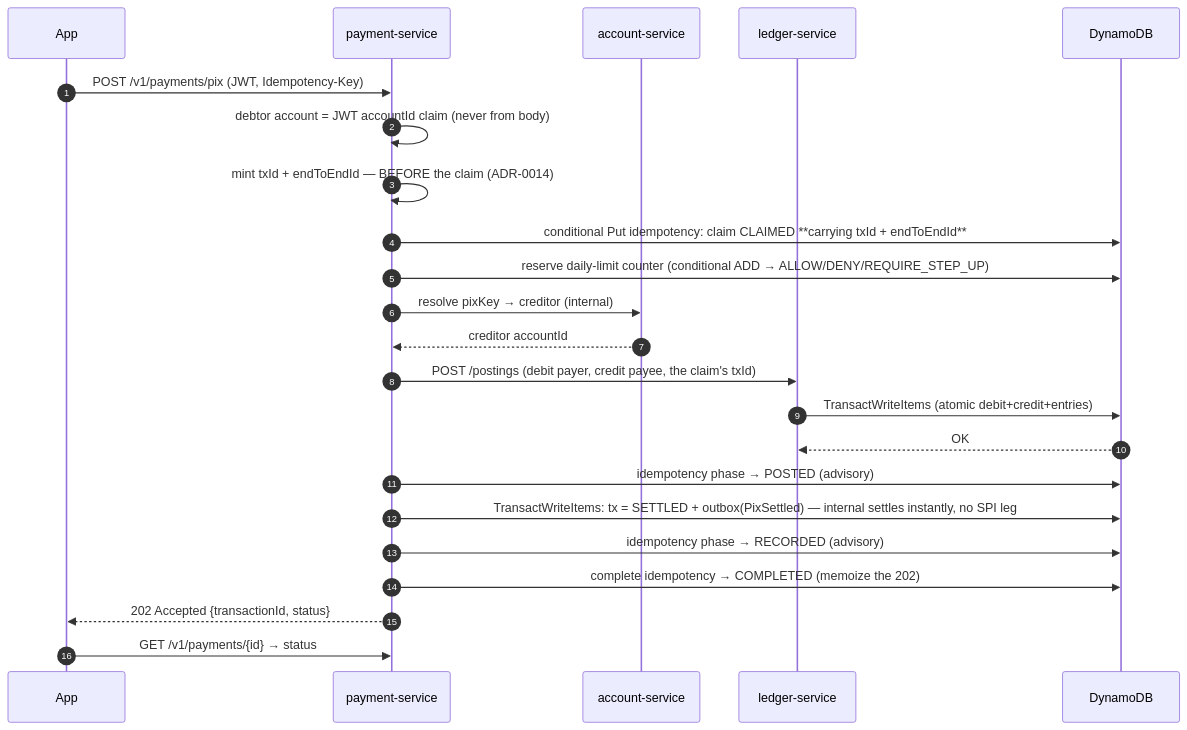
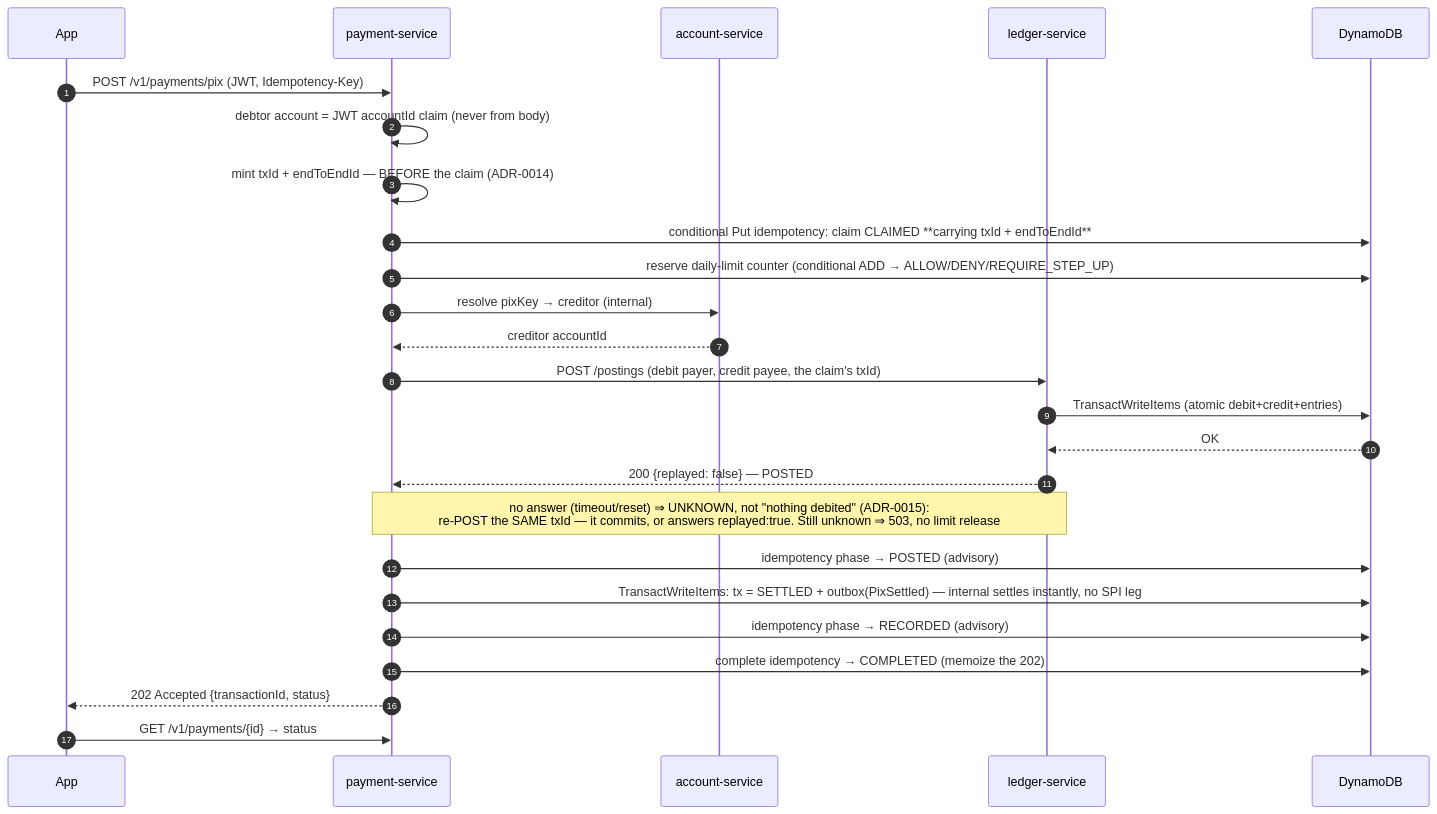
One commit to filiperibolli/platinumcoin-pix changed the eighth of 17 diagrams in ARCHITECTURE.md. Above: the diagram before and after it, drawn with Mermaid. The commit also changed other lines of this file and 27 other files, not shown here.

````diff
--- a/ARCHITECTURE.md
+++ b/ARCHITECTURE.md
@@ -454,25 +454,27 @@
 ```mermaid
 sequenceDiagram
     autonumber
     participant App
     participant PAY as payment-service
     participant ACC as account-service
     participant LED as ledger-service
     participant DDB as DynamoDB
     App->>PAY: POST /v1/payments/pix (JWT, Idempotency-Key)
     PAY->>PAY: debtor account = JWT accountId claim (never from body)
     PAY->>PAY: mint txId + endToEndId — BEFORE the claim (ADR-0014)
     PAY->>DDB: conditional Put idempotency: claim CLAIMED **carrying txId + endToEndId**
     PAY->>DDB: reserve daily-limit counter (conditional ADD → ALLOW/DENY/REQUIRE_STEP_UP)
     PAY->>ACC: resolve pixKey → creditor (internal)
     ACC-->>PAY: creditor accountId
     PAY->>LED: POST /postings (debit payer, credit payee, the claim's txId)
     LED->>DDB: TransactWriteItems (atomic debit+credit+entries)
     DDB-->>LED: OK
+    LED-->>PAY: 200 {replayed: false} — POSTED
+    Note over PAY,LED: no answer (timeout/reset) ⇒ UNKNOWN, not "nothing debited" (ADR-0015):<br/>re-POST the SAME txId — it commits, or answers replayed:true. Still unknown ⇒ 503, no limit release
     PAY->>DDB: idempotency phase → POSTED (advisory)
     PAY->>DDB: TransactWriteItems: tx = SETTLED + outbox(PixSettled) — internal settles instantly, no SPI leg
     PAY->>DDB: idempotency phase → RECORDED (advisory)
     PAY->>DDB: complete idempotency → COMPLETED (memoize the 202)
     PAY-->>App: 202 Accepted {transactionId, status}
     App->>PAY: GET /v1/payments/{id} → status
 ```
````
